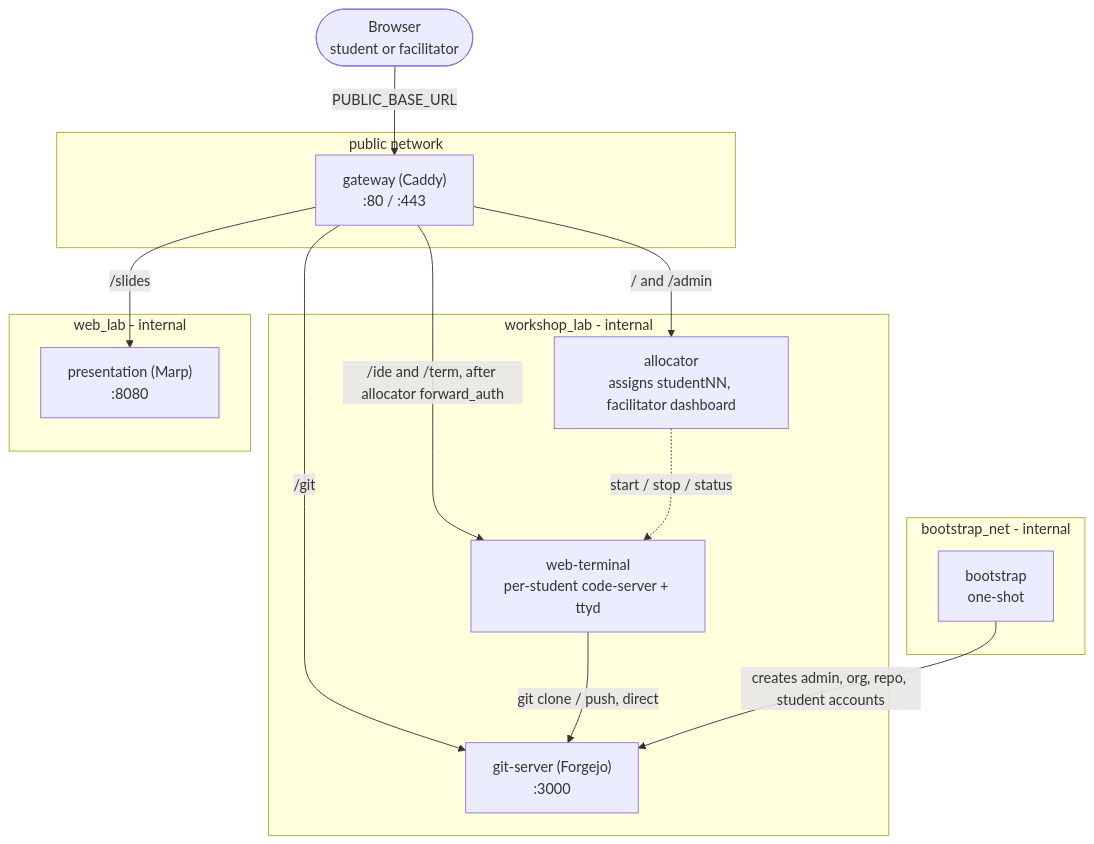
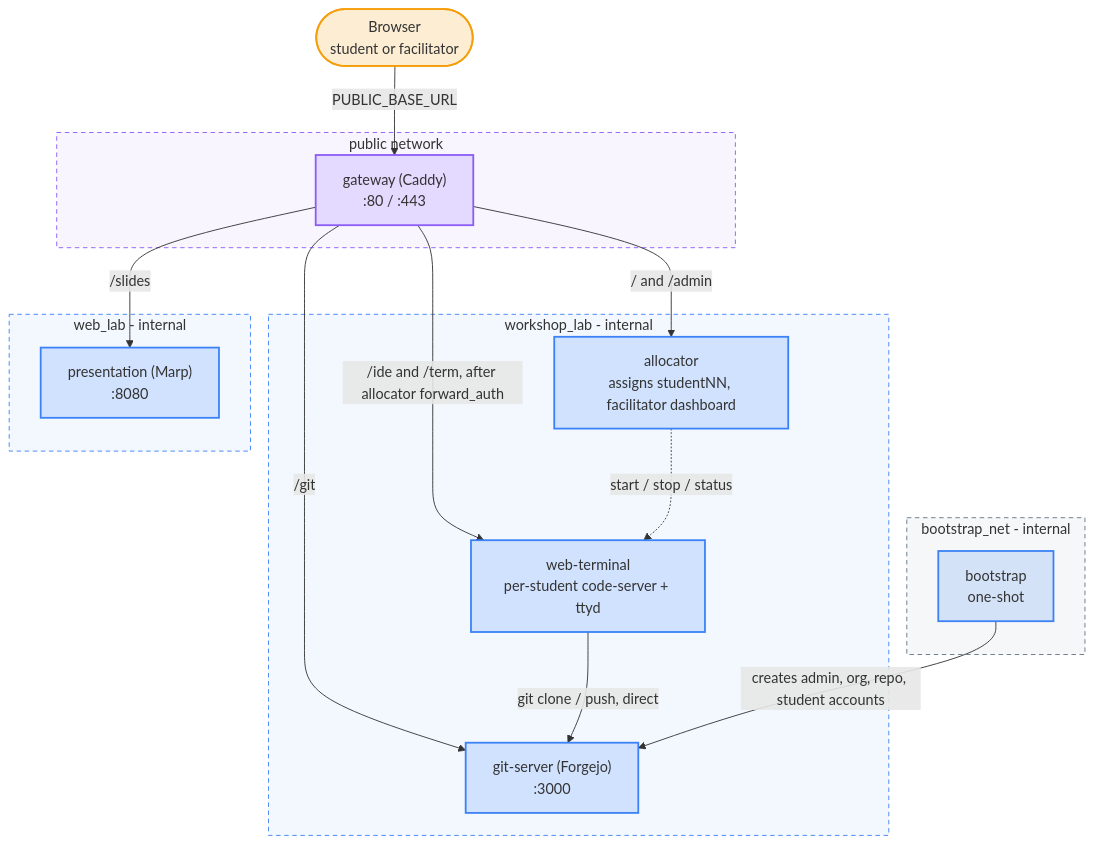
One commit to fiddler110/GitOps_Dojo changed the second of 11 diagrams in README.md. Above: the diagram before and after it, drawn with Mermaid. The commit also changed other lines of this file, not shown here.

First line of the commit message:
Colour the README diagrams by role

````diff
--- a/README.md
+++ b/README.md
@@ -168,31 +177,42 @@
 ```mermaid
 graph TB
     Browser(["Browser<br/>student or facilitator"])
 
     subgraph pub["public network"]
         GW["gateway (Caddy)<br/>:80 / :443"]
     end
 
     subgraph lab["workshop_lab - internal"]
         AL["allocator<br/>assigns studentNN, facilitator dashboard"]
         WT["web-terminal<br/>per-student code-server + ttyd"]
         GS["git-server (Forgejo)<br/>:3000"]
     end
 
     subgraph web["web_lab - internal"]
         PR["presentation (Marp)<br/>:8080"]
     end
 
     subgraph boot["bootstrap_net - internal"]
         BS["bootstrap<br/>one-shot"]
     end
 
     Browser -->|"PUBLIC_BASE_URL"| GW
     GW -->|"/ and /admin"| AL
     GW -->|"/ide and /term, after allocator forward_auth"| WT
     GW -->|"/git"| GS
     GW -->|"/slides"| PR
     AL -.->|"start / stop / status"| WT
     WT -->|"git clone / push, direct"| GS
     BS -->|"creates admin, org, repo, student accounts"| GS
+
+    classDef core fill:#3b82f62e,stroke:#3b82f6,stroke-width:2px
+    classDef gw fill:#8b5cf62e,stroke:#8b5cf6,stroke-width:2px
+    classDef person fill:#f59e0b2e,stroke:#f59e0b,stroke-width:2px
+    class AL,WT,GS,PR,BS core
+    class GW gw
+    class Browser person
+    style pub fill:#8b5cf60f,stroke:#8b5cf6,stroke-width:1px,stroke-dasharray:5 4
+    style lab fill:#3b82f60f,stroke:#3b82f6,stroke-width:1px,stroke-dasharray:5 4
+    style web fill:#3b82f60f,stroke:#3b82f6,stroke-width:1px,stroke-dasharray:5 4
+    style boot fill:#64748b0f,stroke:#64748b,stroke-width:1px,stroke-dasharray:5 4
 ```
````
